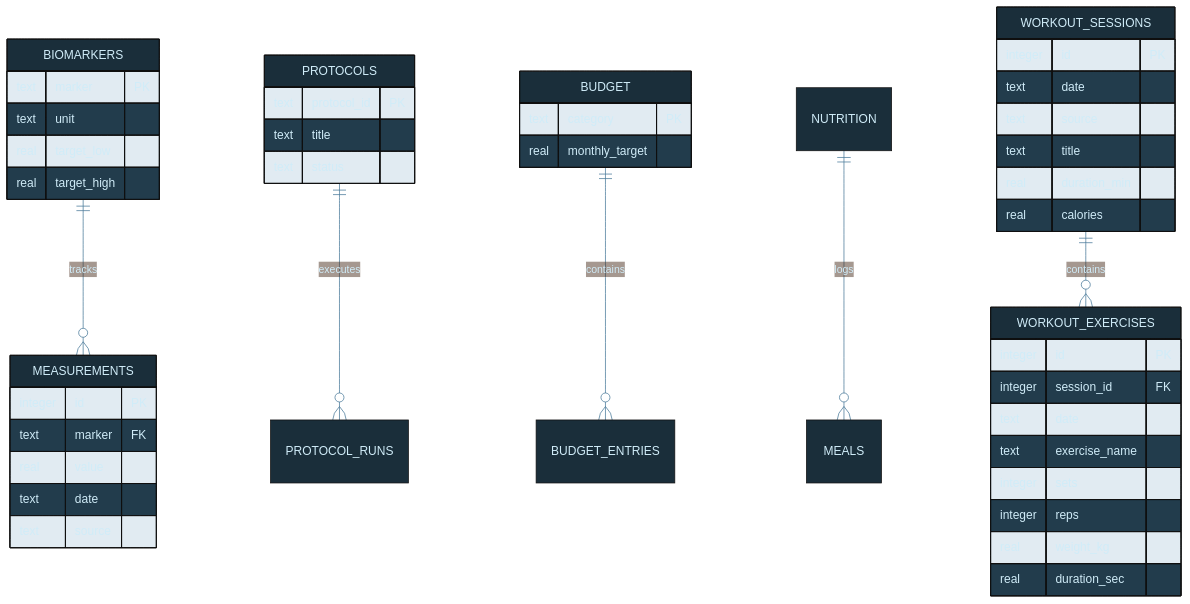
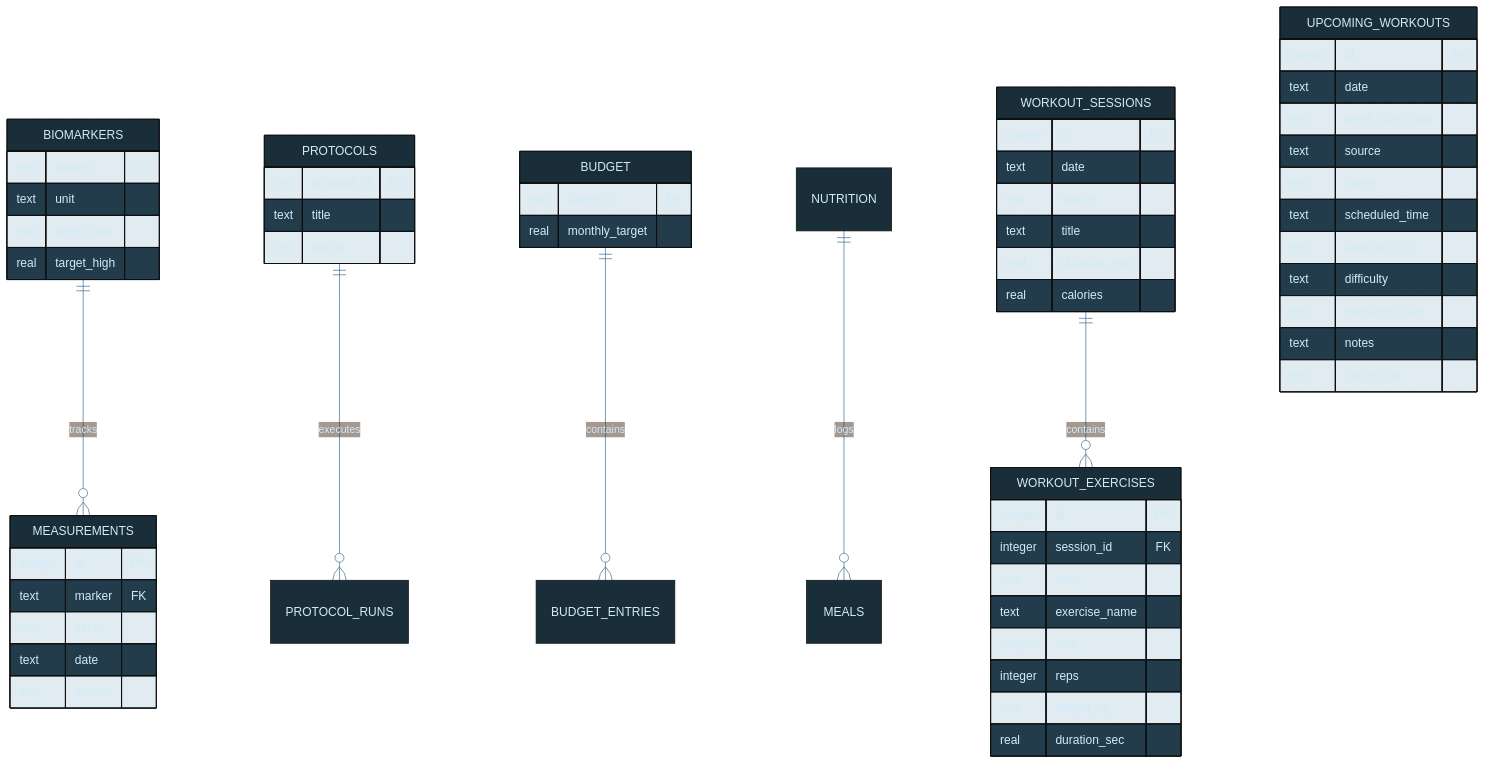
The diagram in diagrams/life-db-schema.mmd (tylerdrakemusic/-Workspace), drawn with Mermaid before and after one commit. The commit also changed 5 other files, not shown here.

Commit message:
⊕ workspace: diagrams — FR-20260508-upcoming-workouts-dashboard

```diff
--- a/diagrams/life-db-schema.mmd
+++ b/diagrams/life-db-schema.mmd
@@ -1,48 +1,64 @@
 %%{init: {'theme': 'base', 'themeVariables': {'primaryColor': '#1a2e3a', 'primaryTextColor': '#d0ecf8', 'edgeLabelBackground': '#0f1318', 'lineColor': '#4a7a9a'}}}%%
 erDiagram
     BIOMARKERS ||--o{ MEASUREMENTS : tracks
     PROTOCOLS ||--o{ PROTOCOL_RUNS : executes
     BUDGET ||--o{ BUDGET_ENTRIES : contains
     NUTRITION ||--o{ MEALS : logs
     WORKOUT_SESSIONS ||--o{ WORKOUT_EXERCISES : contains
 
     BIOMARKERS {
         text marker PK
         text unit
         real target_low
         real target_high
     }
     MEASUREMENTS {
         integer id PK
         text marker FK
         real value
         text date
         text source
     }
     PROTOCOLS {
         text protocol_id PK
         text title
         text status
     }
     BUDGET {
         text category PK
         real monthly_target
     }
     WORKOUT_SESSIONS {
         integer id PK
         text date
         text source
         text title
         real duration_min
         real calories
     }
     WORKOUT_EXERCISES {
         integer id PK
         integer session_id FK
         text date
         text exercise_name
         integer sets
         integer reps
         real weight_kg
         real duration_sec
     }
+    UPCOMING_WORKOUTS {
+        integer id PK
+        text date
+        text week_start_date
+        text source
+        text name
+        text scheduled_time
+        real duration_min
+        text difficulty
+        text exercises_json
+        text notes
+        text synced_at
+    }
+
+    %% Constraints: UNIQUE(date, source, name)
+    %% Index: (date, week_start_date)
```
